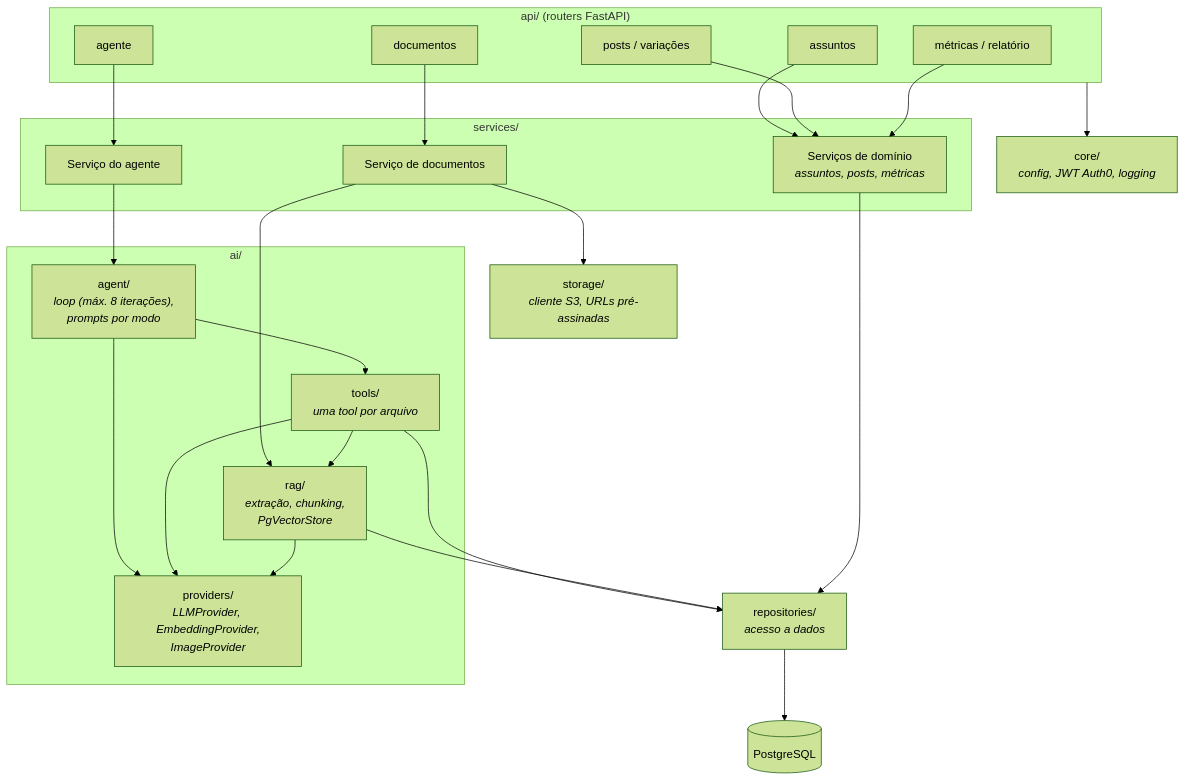
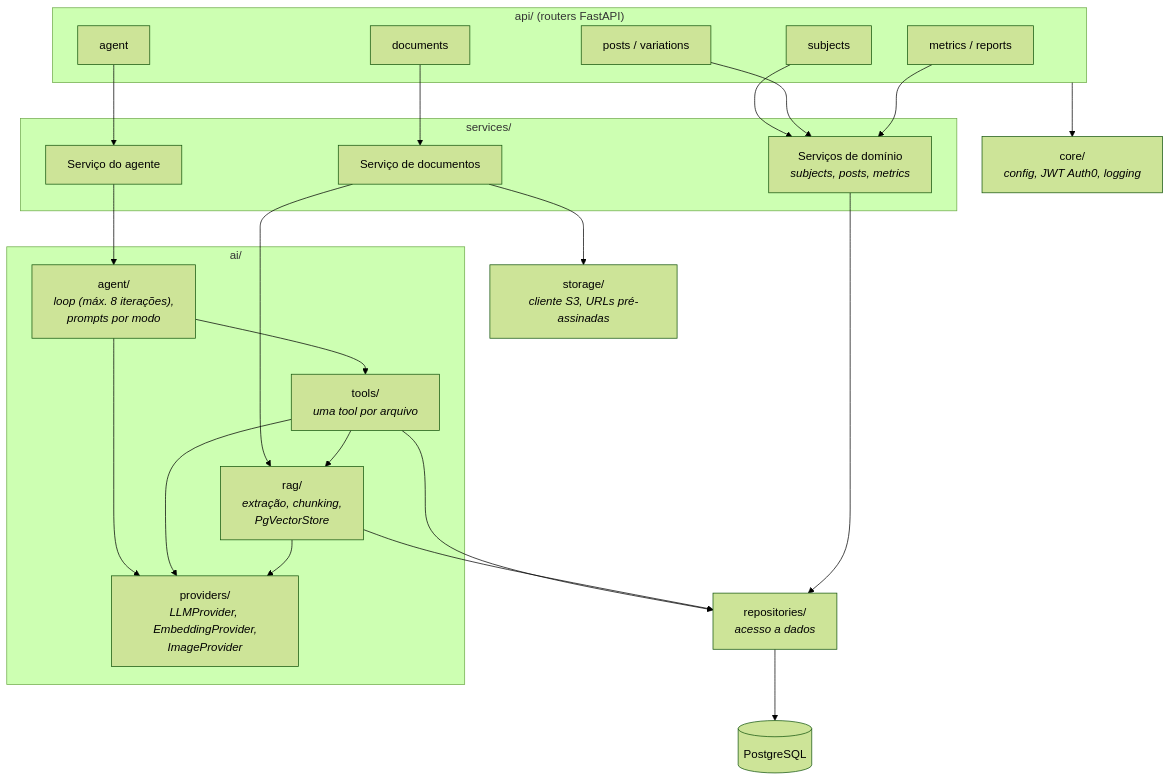
The third of 3 diagrams in _docs/arquitetura.md (JonasRocha189/postpilot-ai), drawn with Mermaid (forest theme) before and after one commit. The commit also changed other lines of this file and 27 other files, not shown here.

Commit message:
feat: posts and subjects CRUD

````diff
--- a/_docs/arquitetura.md
+++ b/_docs/arquitetura.md
@@ -73,47 +73,47 @@
 ```mermaid
 flowchart TB
     subgraph api["api/ (routers FastAPI)"]
-        r_assuntos["assuntos"]
-        r_posts["posts / variações"]
-        r_docs["documentos"]
-        r_metricas["métricas / relatório"]
-        r_agente["agente"]
+        r_assuntos["subjects"]
+        r_posts["posts / variations"]
+        r_docs["documents"]
+        r_metricas["metrics / reports"]
+        r_agente["agent"]
     end
 
     core["core/<br/><i>config, JWT Auth0, logging</i>"]
 
     subgraph services["services/"]
-        s_crud["Serviços de domínio<br/><i>assuntos, posts, métricas</i>"]
+        s_crud["Serviços de domínio<br/><i>subjects, posts, metrics</i>"]
         s_docs["Serviço de documentos"]
         s_agente["Serviço do agente"]
     end
 
     repos["repositories/<br/><i>acesso a dados</i>"]
 
     subgraph ai["ai/"]
         loop["agent/<br/><i>loop (máx. 8 iterações),<br/>prompts por modo</i>"]
         tools["tools/<br/><i>uma tool por arquivo</i>"]
         rag["rag/<br/><i>extração, chunking,<br/>PgVectorStore</i>"]
         providers["providers/<br/><i>LLMProvider, EmbeddingProvider,<br/>ImageProvider</i>"]
     end
 
     storage["storage/<br/><i>cliente S3, URLs pré-assinadas</i>"]
     db[("PostgreSQL")]
 
     api --> core
     r_assuntos & r_posts & r_metricas --> s_crud
     r_docs --> s_docs
     r_agente --> s_agente
     s_crud --> repos
     s_docs --> storage
     s_docs --> rag
     s_agente --> loop
     loop --> providers
     loop --> tools
     tools --> repos
     tools --> rag
     tools --> providers
     rag --> providers
     rag --> repos
     repos --> db
 ```
````
